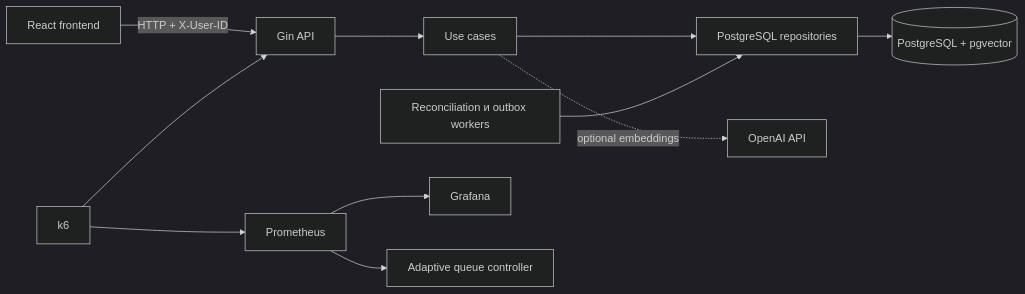
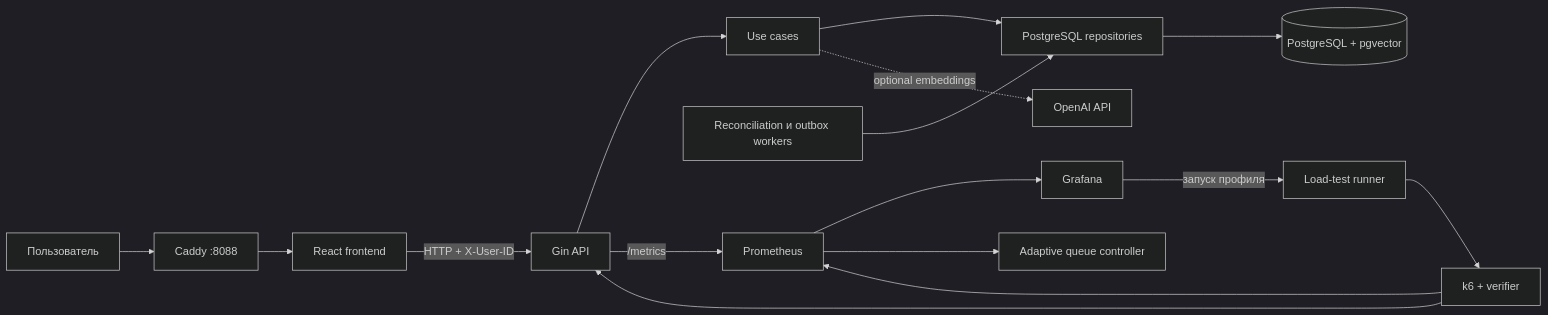
One commit to Woolfer0097/GoodQueue changed the diagram in README.md. Above: the diagram before and after it, drawn with Mermaid (dark theme). The commit also changed other lines of this file and 7 other files, not shown here.

````diff
--- a/README.md
+++ b/README.md
@@ -134,13 +130,18 @@
 ```mermaid
 flowchart LR
-    UI[React frontend] -->|HTTP + X-User-ID| API[Gin API]
+    USER[Пользователь] --> CADDY[Caddy :8088]
+    CADDY --> UI[React frontend]
+    UI -->|HTTP + X-User-ID| API[Gin API]
     API --> UC[Use cases]
     UC --> REPO[PostgreSQL repositories]
     REPO --> DB[(PostgreSQL + pgvector)]
     WORKER[Reconciliation и outbox workers] --> REPO
-    K6[k6] --> API
+    GRAFANA[Grafana] -->|запуск профиля| RUNNER[Load-test runner]
+    RUNNER --> K6[k6 + verifier]
+    K6 --> API
     K6 --> PROM[Prometheus]
-    PROM --> GRAFANA[Grafana]
+    API -->|/metrics| PROM
+    PROM --> GRAFANA
     PROM --> ADAPT[Adaptive queue controller]
     UC -. optional embeddings .-> OPENAI[OpenAI API]
 ```
````
